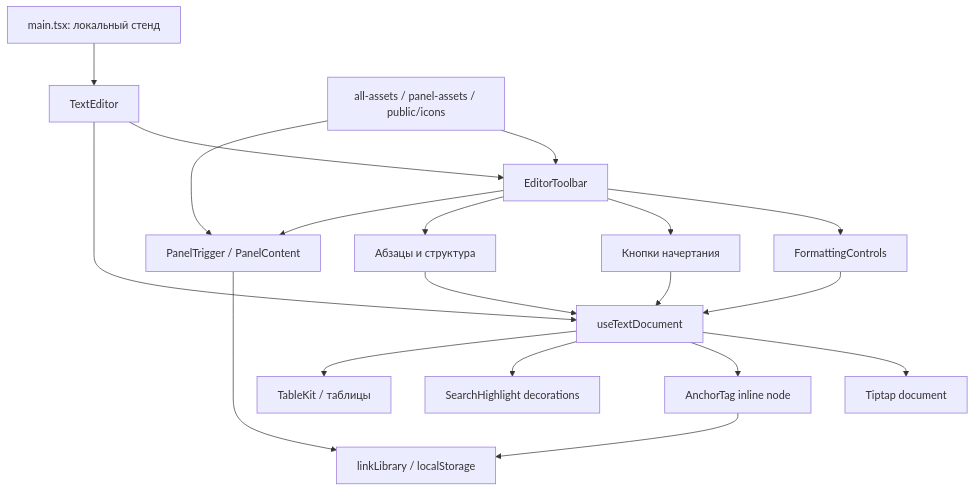
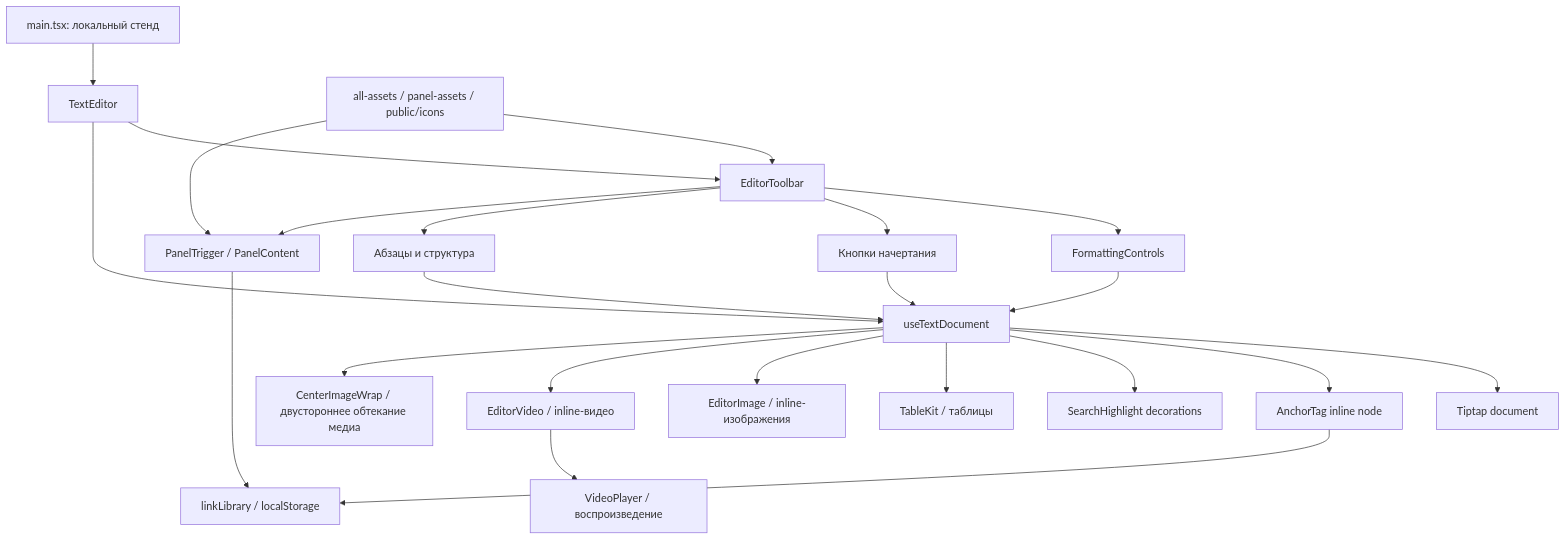
The diagram in Карта_Проекта.md (mishavorobyou-spec/b2b-text-editor), drawn with Mermaid before and after one commit. The commit also changed other lines of this file and 40 other files, not shown here.

````diff
--- a/Карта_Проекта.md
+++ b/Карта_Проекта.md
@@ -5,21 +5,25 @@
 ```mermaid
 flowchart TD
     Main[main.tsx: локальный стенд] --> Editor[TextEditor]
     Editor --> Toolbar[EditorToolbar]
     Editor --> Hook[useTextDocument]
     Hook --> Tiptap[Tiptap document]
     Hook --> AnchorTag[AnchorTag inline node]
     Hook --> Search[SearchHighlight decorations]
     Hook --> Tables[TableKit / таблицы]
+    Hook --> Images[EditorImage / inline-изображения]
+    Hook --> Videos[EditorVideo / inline-видео]
+    Videos --> Player[VideoPlayer / воспроизведение]
+    Hook --> CenterImages[CenterImageWrap / двустороннее обтекание медиа]
     Toolbar --> Formatting[FormattingControls]
     Toolbar --> Inline[Кнопки начертания]
     Toolbar --> Paragraphs[Абзацы и структура]
     Toolbar --> Panels[PanelTrigger / PanelContent]
     Panels --> Library[linkLibrary / localStorage]
     AnchorTag --> Library
     Formatting --> Hook
     Inline --> Hook
     Paragraphs --> Hook
     Assets[all-assets / panel-assets / public/icons] --> Toolbar
     Assets --> Panels
 ```
````
